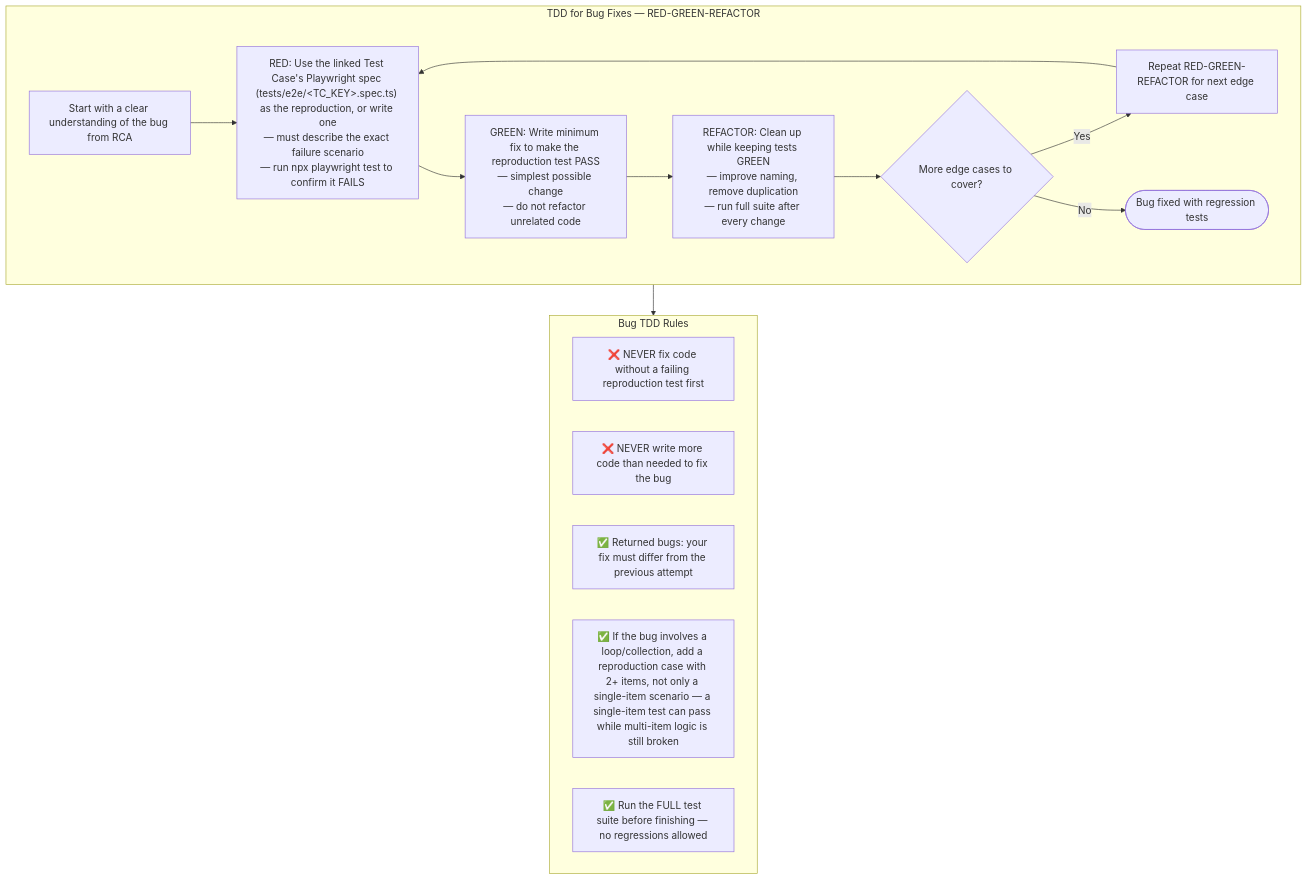
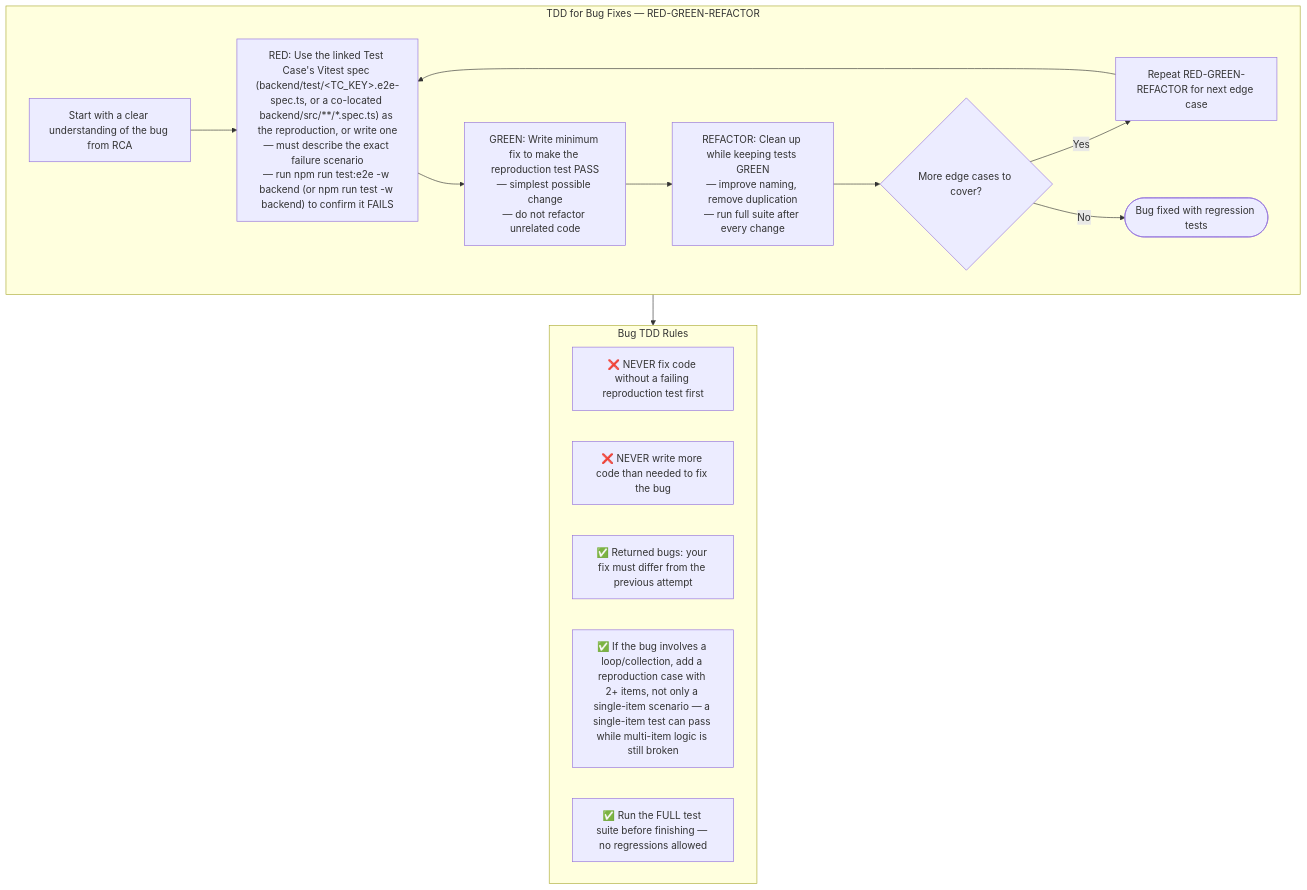
Before and after one commit to kejno/bonapp: the diagram in .dmtools/agents/instructions/bug_development/tdd_approach.md, drawn with Mermaid. The commit also changed 10 other files, not shown here.

First line of the commit message:
fix: switch test-automation pipeline from Playwright to Vitest

````diff
--- a/.dmtools/agents/instructions/bug_development/tdd_approach.md
+++ b/.dmtools/agents/instructions/bug_development/tdd_approach.md
@@ -1,24 +1,24 @@
 ```mermaid
 flowchart TD
     subgraph TDD["TDD for Bug Fixes — RED-GREEN-REFACTOR"]
         T0["Start with a clear understanding of the bug from RCA"]
-        T1["RED: Use the linked Test Case's Playwright spec (tests/e2e/&lt;TC_KEY&gt;.spec.ts) as the reproduction, or write one<br/>— must describe the exact failure scenario<br/>— run npx playwright test to confirm it FAILS"]
+        T1["RED: Use the linked Test Case's Vitest spec (backend/test/&lt;TC_KEY&gt;.e2e-spec.ts, or a co-located backend/src/**/*.spec.ts) as the reproduction, or write one<br/>— must describe the exact failure scenario<br/>— run npm run test:e2e -w backend (or npm run test -w backend) to confirm it FAILS"]
         T2["GREEN: Write minimum fix to make the reproduction test PASS<br/>— simplest possible change<br/>— do not refactor unrelated code"]
         T3["REFACTOR: Clean up while keeping tests GREEN<br/>— improve naming, remove duplication<br/>— run full suite after every change"]
         T4{"More edge cases to cover?"}
         T5["Repeat RED-GREEN-REFACTOR for next edge case"]
         T0 --> T1 --> T2 --> T3 --> T4
         T4 -->|Yes| T5 --> T1
         T4 -->|No| DONE([Bug fixed with regression tests])
     end
 
     subgraph RULES["Bug TDD Rules"]
         R1["❌ NEVER fix code without a failing reproduction test first"]
         R2["❌ NEVER write more code than needed to fix the bug"]
         R3["✅ Returned bugs: your fix must differ from the previous attempt"]
         R4["✅ If the bug involves a loop/collection, add a reproduction case with 2+ items, not only a single-item scenario — a single-item test can pass while multi-item logic is still broken"]
         R5["✅ Run the FULL test suite before finishing — no regressions allowed"]
     end
 
     TDD --> RULES
 ```
````
